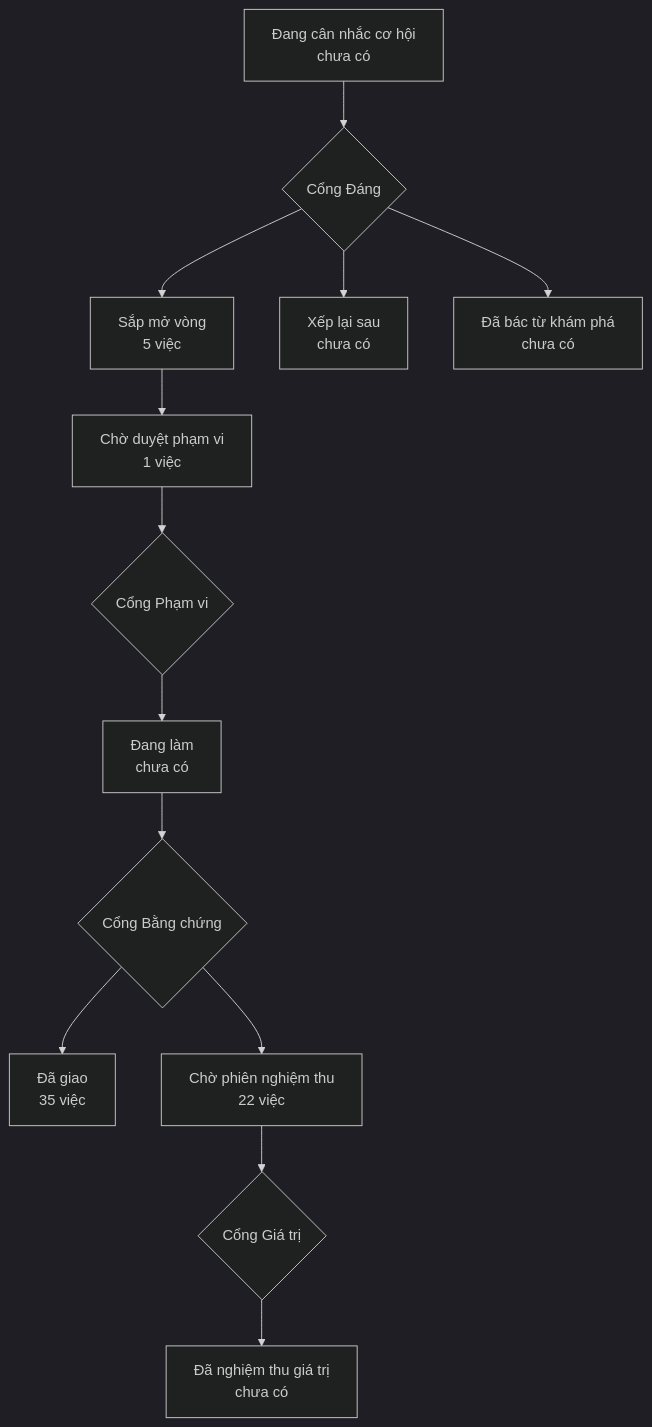
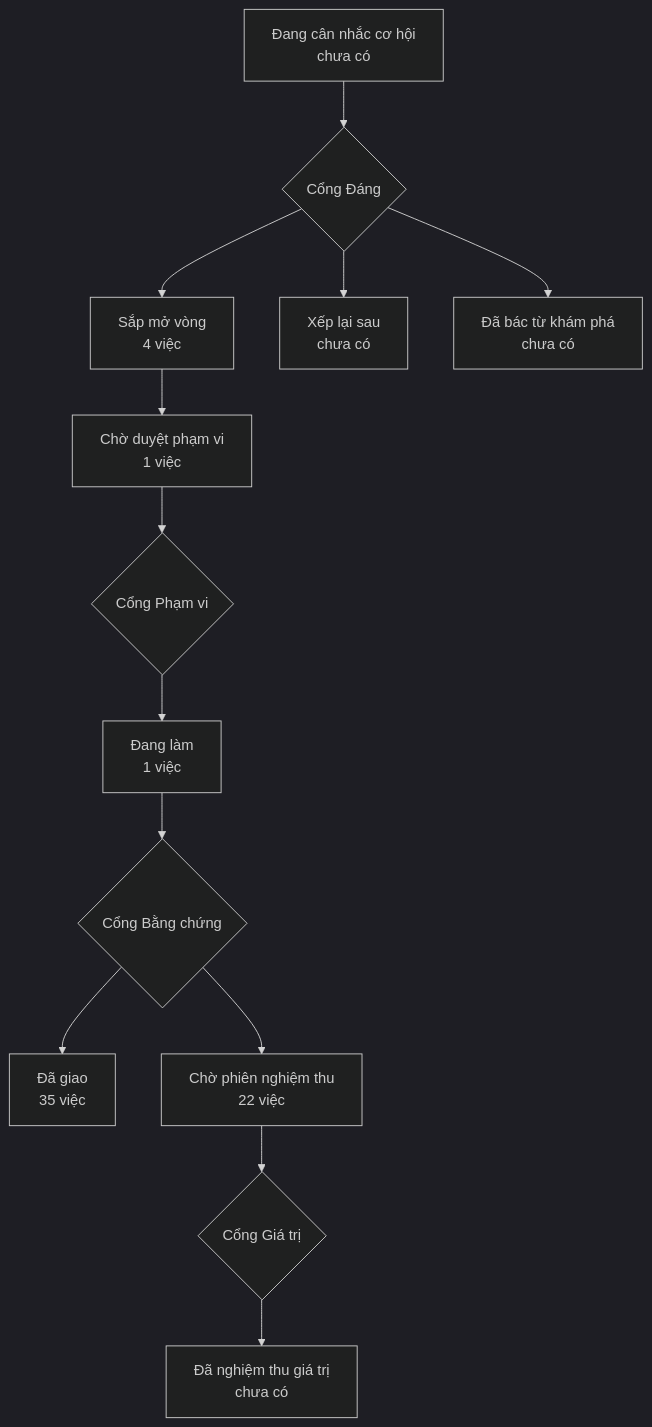
Before and after one commit to phanlemanh/onehub-invest: the diagram in PRODUCT-MAP.md, drawn with Mermaid (dark theme). The commit also changed other lines of this file and 3 other files, not shown here.

````diff
--- a/PRODUCT-MAP.md
+++ b/PRODUCT-MAP.md
@@ -7,12 +7,12 @@
 ```mermaid
 flowchart TD
   A["Đang cân nhắc cơ hội<br/>chưa có"] --> GD{"Cổng Đáng"}
-  GD --> B["Sắp mở vòng<br/>5 việc"]
+  GD --> B["Sắp mở vòng<br/>4 việc"]
   GD --> XL["Xếp lại sau<br/>chưa có"]
   GD --> DB["Đã bác từ khám phá<br/>chưa có"]
   B --> CD["Chờ duyệt phạm vi<br/>1 việc"] --> GP{"Cổng Phạm vi"}
-  GP --> DL["Đang làm<br/>chưa có"] --> GB{"Cổng Bằng chứng"}
+  GP --> DL["Đang làm<br/>1 việc"] --> GB{"Cổng Bằng chứng"}
   GB --> DG["Đã giao<br/>35 việc"]
   GB --> CN["Chờ phiên nghiệm thu<br/>22 việc"] --> GG{"Cổng Giá trị"}
   GG --> NT["Đã nghiệm thu giá trị<br/>chưa có"]
 ```
````
